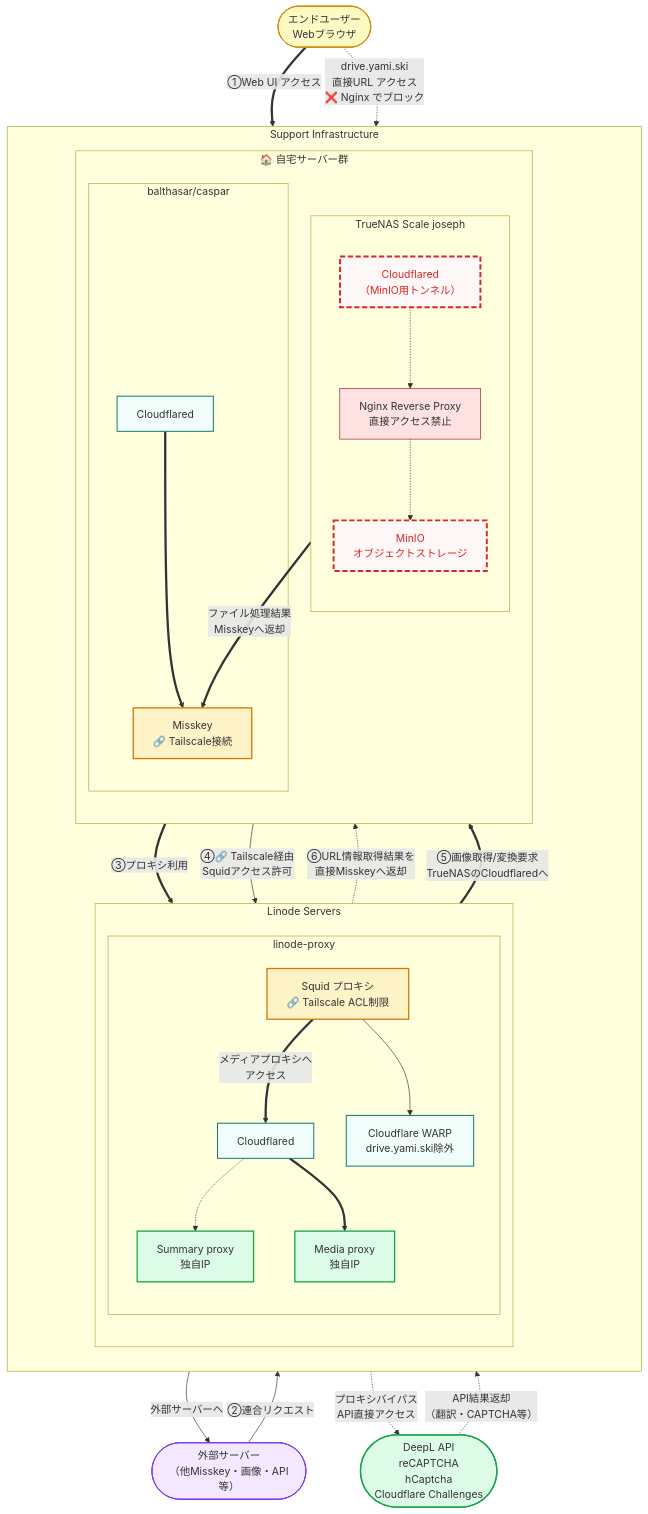
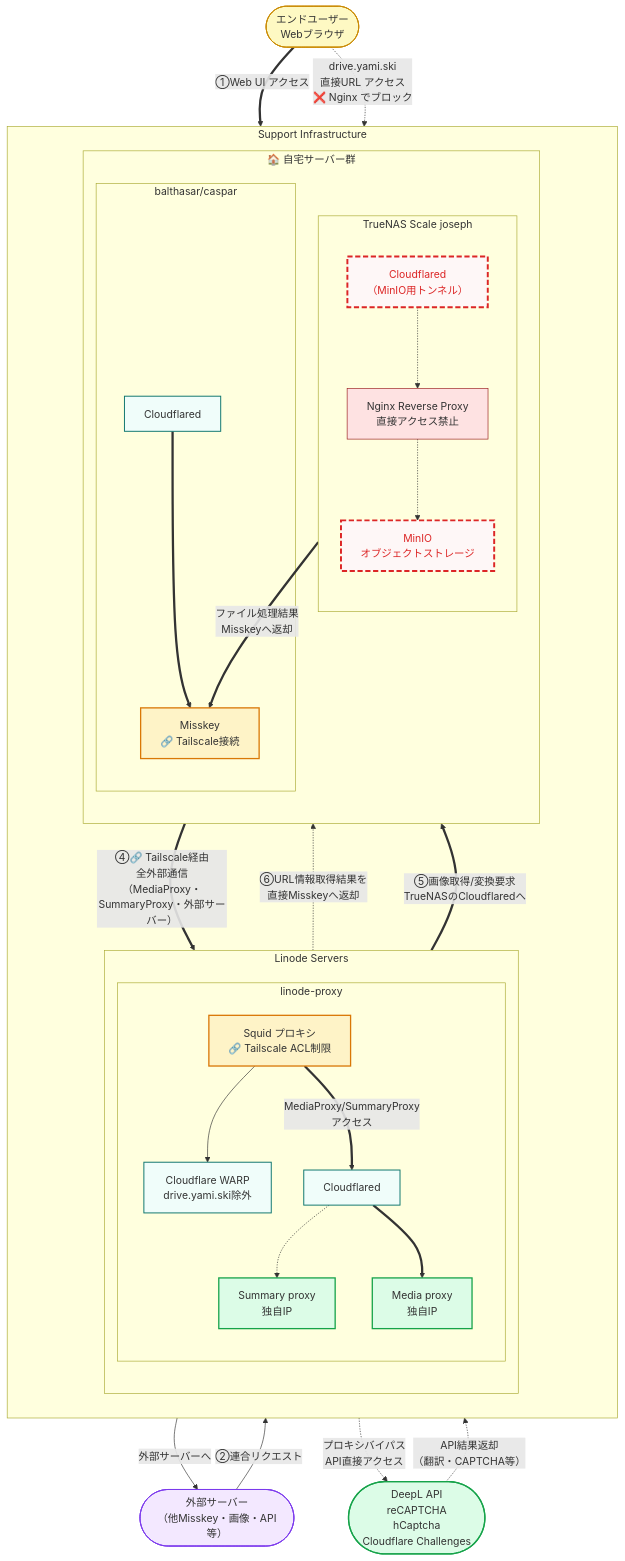
The fifth of 5 diagrams in README.md (yamisskey-dev/hosted-list), drawn with Mermaid before and after one commit.

````diff
--- a/README.md
+++ b/README.md
@@ -444,81 +444,81 @@
 ```mermaid
 graph TB
 classDef homeServer fill:#e2e8f0,stroke:#334155,stroke-width:2px
 classDef service fill:#f8fafc,stroke:#64748b,stroke-width:1px
 classDef security fill:#fee2e2,stroke:#991b1b,stroke-width:1px
 classDef cloudflare fill:#f0fdfa,stroke:#0f766e,stroke-width:1.5px
 classDef user fill:#fef9c3,stroke:#ca8a04,stroke-width:1.5px
 classDef federation fill:#f3e8ff,stroke:#7c3aed,stroke-width:1.5px
 classDef excludeHome fill:#fef7f7,stroke:#dc2626,stroke-width:3px,stroke-dasharray: 8 4,color:#dc2626
 classDef direct fill:#dcfce7,stroke:#16a34a,stroke-width:2px
 classDef tailscale fill:#fef3c7,stroke:#d97706,stroke-width:2px
 
 %% External actors
 enduser([エンドユーザー<br/>Webブラウザ]):::user
 external_servers([外部サーバー<br/>（他Misskey・画像・API等）]):::federation
 bypass_services([DeepL API<br/>reCAPTCHA<br/>hCaptcha<br/>Cloudflare Challenges]):::direct
 
 subgraph support[Support Infrastructure]
     direction TB
     
     subgraph linode[Linode Servers]
         direction TB
         subgraph proxy[linode-proxy]
             summaryproxy[Summary proxy<br/>独自IP]:::direct
             mediaproxy[Media proxy<br/>独自IP]:::direct
             squid[Squid プロキシ<br/>🔗 Tailscale ACL制限]:::tailscale
             warp[Cloudflare WARP<br/>drive.yami.ski除外]:::cloudflare
             cloudflared_p[Cloudflared]:::cloudflare
         end
     end
     
     subgraph homeservers[🏠 自宅サーバー群]
         direction TB
         subgraph balthasar_caspar[balthasar/caspar]
             yamisskey[Misskey<br/>🔗 Tailscale接続]:::tailscale
             cloudflared_bc[Cloudflared]:::cloudflare
         end
         
         subgraph truenas[TrueNAS Scale joseph]
             direction TB
             nginx_minio[Nginx Reverse Proxy<br/>直接アクセス禁止]:::security
             minio[MinIO<br/>オブジェクトストレージ]:::excludeHome
             cloudflared_home[Cloudflared<br/>（MinIO用トンネル）]:::excludeHome
         end
     end
 end
 
 %% エンドユーザーのアクセス経路（太線）
 enduser ==>|"①Web UI アクセス"| cloudflared_bc
 cloudflared_bc ==> yamisskey
 
 %% 外部サーバーからの連合リクエスト（通常線）
 external_servers -->|"②連合リクエスト"| cloudflared_bc
 
-%% Misskeyサーバーからプロキシへの内部リクエスト（MediaProxyのみ太線）
-yamisskey ==>|"③プロキシ利用"| cloudflared_p
-cloudflared_p ==> mediaproxy
-cloudflared_p -.-> summaryproxy
+%% Misskeyサーバーからの全外部通信はSquid経由
+%% （MediaProxy/SummaryProxy含む）
 
 %% === Misskeyのみ Tailscale経由でSquid使用 ===
-yamisskey -->|"④🔗 Tailscale経由<br/>Squidアクセス許可"| squid
+yamisskey ==>|"④🔗 Tailscale経由<br/>全外部通信<br/>（MediaProxy・SummaryProxy・外部サーバー）"| squid
 squid --> warp
 
 %% WARPからの分岐
 warp -->|"外部サーバーへ"| external_servers
-squid ==>|"メディアプロキシへ<br/>アクセス"| cloudflared_p
+squid ==>|"MediaProxy/SummaryProxy<br/>アクセス"| cloudflared_p
+cloudflared_p ==> mediaproxy
+cloudflared_p -.-> summaryproxy
 cloudflared_home -.-> nginx_minio
 nginx_minio -.-> minio
 cloudflared_home ==>|"ファイル処理結果<br/>Misskeyへ返却"| yamisskey
 
 %% === MediaProxy・SummaryProxy のルート修正（MediaProxyのみ太線） ===
 mediaproxy ==>|"⑤画像取得/変換要求<br/>TrueNASのCloudflaredへ"| cloudflared_home
 summaryproxy -.->|"⑥URL情報取得結果を<br/>直接Misskeyへ返却"| yamisskey
 
 %% プロキシバイパス対象（特定APIサービス）
 yamisskey -.->|"プロキシバイパス<br/>API直接アクセス"| bypass_services
 bypass_services -.->|"API結果返却<br/>（翻訳・CAPTCHA等）"| yamisskey
 
 %% 直接URLアクセス（ブロック）
 enduser -.->|"drive.yami.ski<br/>直接URL アクセス<br/>❌ Nginx でブロック"| cloudflared_home
 ```
````
